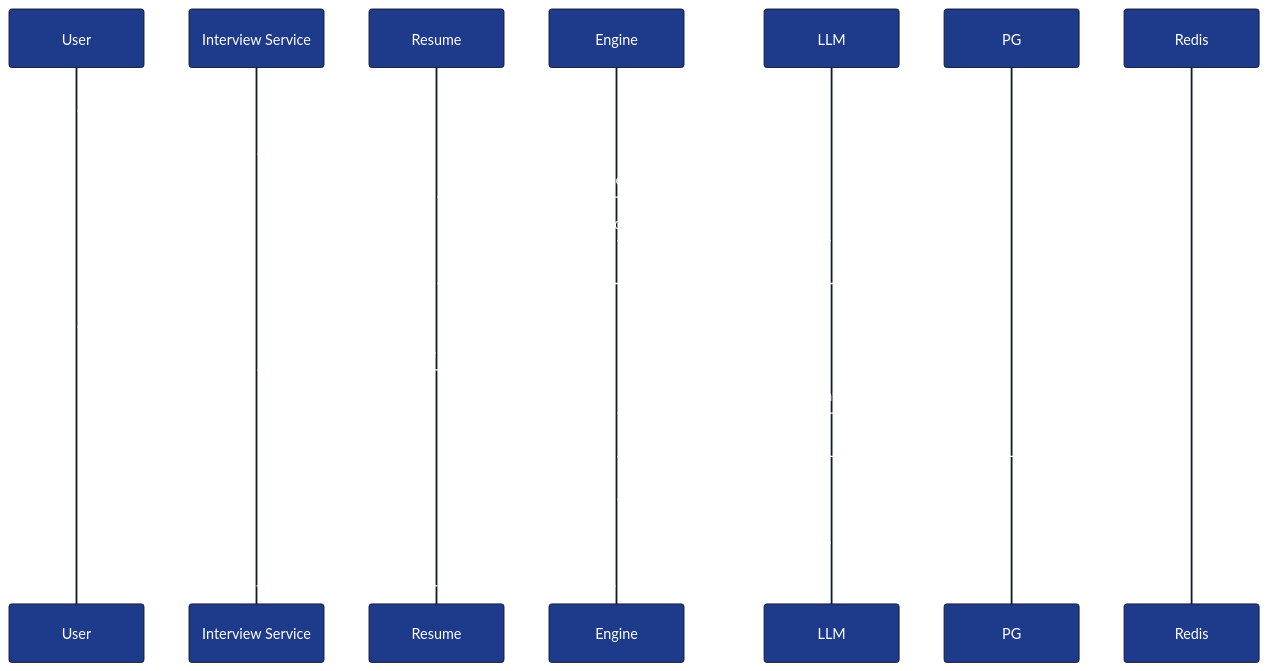
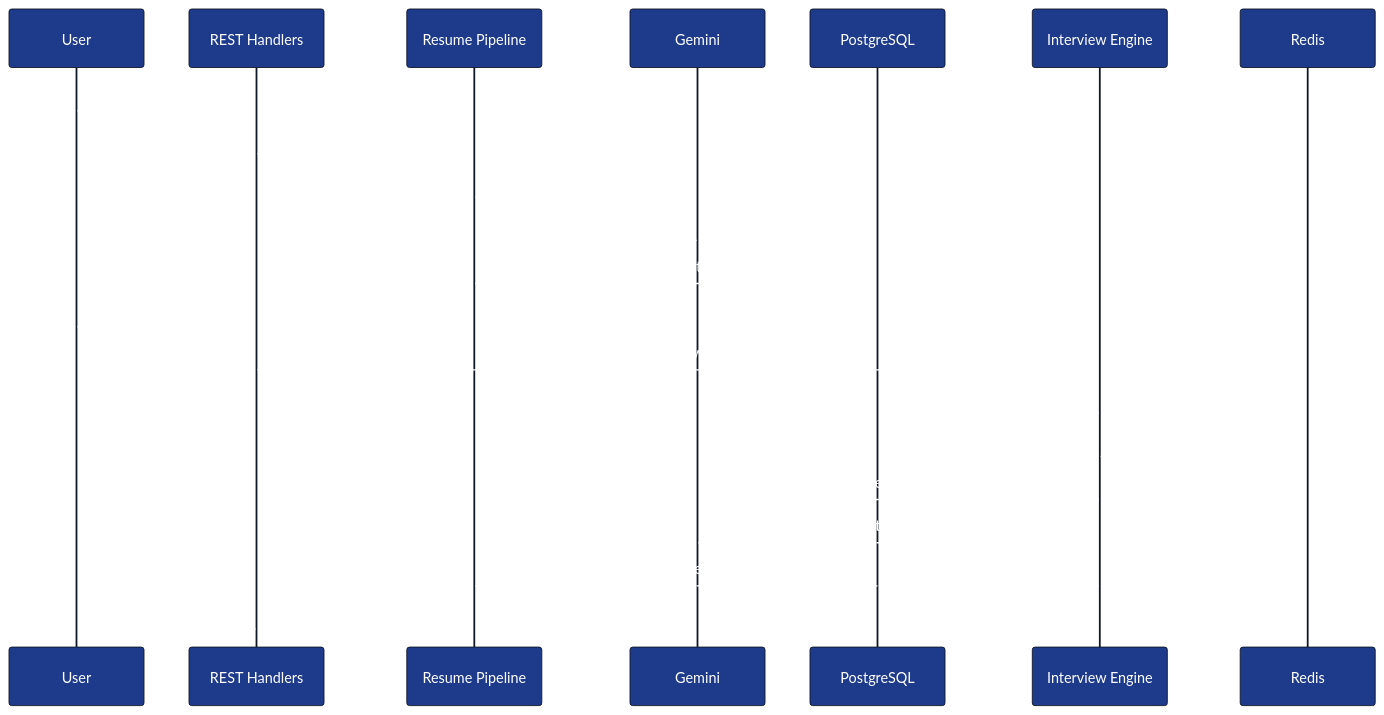
The second of 4 diagrams in docs/tech-spec/02_architecture.md (Veeru123456778/ai-interview-service), drawn with Mermaid before and after one commit. The commit also changed other lines of this file, not shown here.

Commit message:
fixes the architecture of the agent

````diff
--- a/docs/tech-spec/02_architecture.md
+++ b/docs/tech-spec/02_architecture.md
@@ -112,41 +122,46 @@
 ```mermaid
 %%{init:{
   "theme":"base",
   "themeVariables":{
     "background":"#FFFFFF",
     "primaryColor":"#1E3A8A",
     "primaryTextColor":"#FFFFFF",
     "primaryBorderColor":"#111827",
     "secondaryColor":"#2563EB",
     "secondaryTextColor":"#FFFFFF",
     "tertiaryColor":"#DBEAFE",
     "lineColor":"#111827",
     "edgeLabelBackground":"#FFFFFF",
     "fontFamily":"Inter"
   }
 }}%%
 
 sequenceDiagram
 
     participant User
-    participant API as Interview Service
-    participant Resume
-    participant Engine
-    participant LLM
-    participant PG
+    participant REST as REST Handlers
+    participant Resume as Resume Pipeline
+    participant LLM as Gemini
+    participant PG as PostgreSQL
+    participant Engine as Interview Engine
     participant Redis
 
-    User->>API: Upload Resume
-    API->>Resume: Process Resume
+    User->>REST: Upload Resume
+    REST->>Resume: Start Resume Processing
+
     Resume->>LLM: Parse Resume
     LLM-->>Resume: Structured Resume JSON
+
     Resume->>PG: Store Resume Intelligence
 
-    User->>API: Start Interview
-    API->>Engine: Initialize Session
+    User->>REST: Start Interview
+    REST->>Engine: Create Interview Session
+
     Engine->>PG: Load Resume Intelligence
-    Engine->>Redis: Create Runtime State
+    Engine->>Redis: Initialize Runtime State
     Engine->>LLM: Generate First Question
-    LLM-->>Engine: Structured Response
-    Engine-->>User: First Interview Question
+    LLM-->>Engine: First Question
+
+    Engine-->>REST: Session Ready
+    REST-->>User: Interview Started
 ```
````
